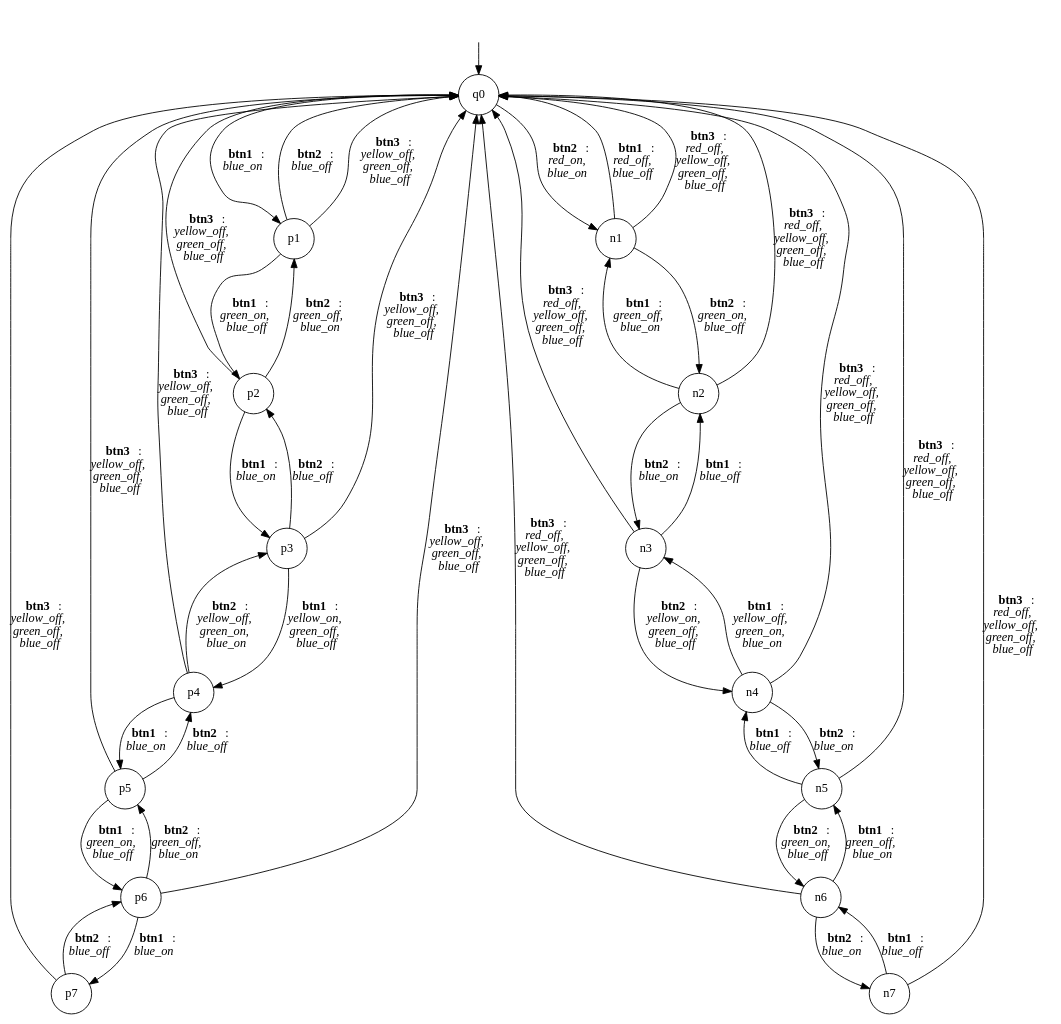
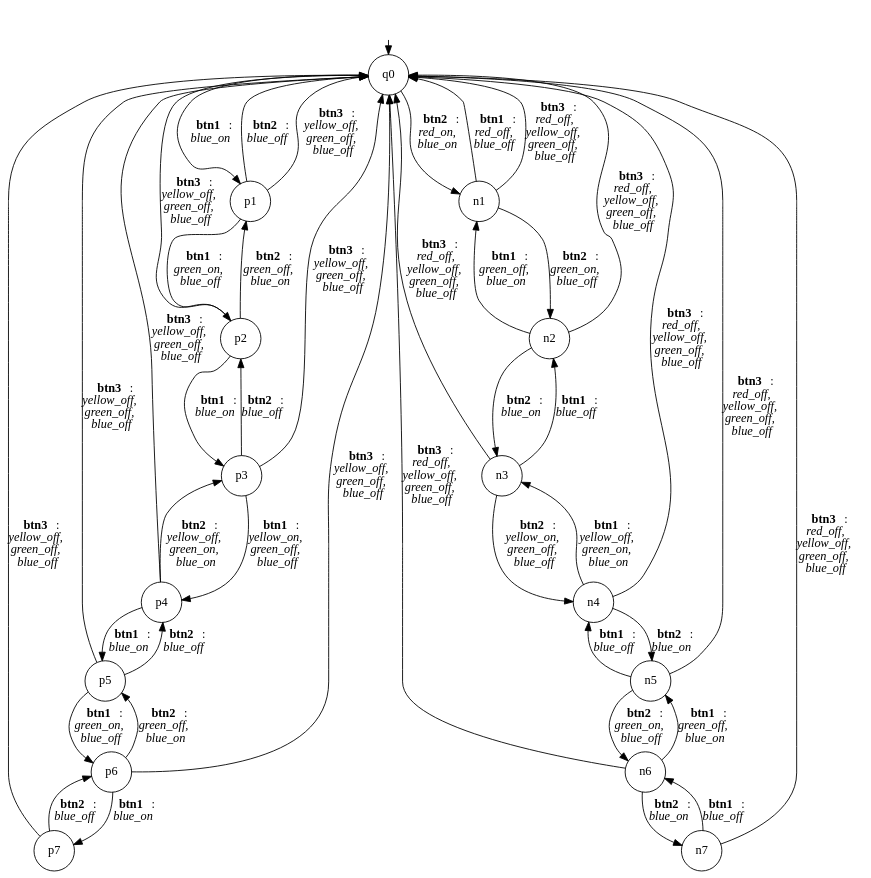
The diagram in finite_automata/transducers/dot_source_files/counter_4bit.dot (SipakovV/fsm-code-generator), drawn with Graphviz before and after one commit.

Commit message:
Added graph attrs to make it more compact

```diff
--- a/finite_automata/transducers/dot_source_files/counter_4bit.dot
+++ b/finite_automata/transducers/dot_source_files/counter_4bit.dot
@@ -1,73 +1,76 @@
 digraph G {
     // 4-bit counter (from -7 to 7)
     // btn1 - add 1
     // btn2 - substract 1
     // btn3 - reset to 0
     // red indicator - negative numbers
+
+    nodesep=0.05 pad=0.02 ranksep=0
+
     START [style=invis]
     q0 [shape=circle]
 
     p1 [shape=circle]
     p2 [shape=circle]
     p3 [shape=circle]
     p4 [shape=circle]
     p5 [shape=circle]
     p6 [shape=circle]
     p7 [shape=circle]
 
     n1 [shape=circle]
     n2 [shape=circle]
     n3 [shape=circle]
     n4 [shape=circle]
     n5 [shape=circle]
     n6 [shape=circle]
     n7 [shape=circle]
 
     START -> q0
 
     q0 -> p1 [label=<<b>btn1</b>:<br/><i>blue_on</i>>]
     p1 -> q0 [label=<<b>btn2</b>:<br/><i>blue_off</i>>]
     p1 -> p2 [label=<<b>btn1</b>:<br/><i>green_on,<br/>blue_off</i>>]
     p2 -> p1 [label=<<b>btn2</b>:<br/><i>green_off,<br/>blue_on</i>>]
     p2 -> p3 [label=<<b>btn1</b>:<br/><i>blue_on</i>>]
     p3 -> p2 [label=<<b>btn2</b>:<br/><i>blue_off</i>>]
     p3 -> p4 [label=<<b>btn1</b>:<br/><i>yellow_on,<br/>green_off,<br/>blue_off</i>>]
     p4 -> p3 [label=<<b>btn2</b>:<br/><i>yellow_off,<br/>green_on,<br/>blue_on</i>>]
     p4 -> p5 [label=<<b>btn1</b>:<br/><i>blue_on</i>>]
     p5 -> p4 [label=<<b>btn2</b>:<br/><i>blue_off</i>>]
     p5 -> p6 [label=<<b>btn1</b>:<br/><i>green_on,<br/>blue_off</i>>]
     p6 -> p5 [label=<<b>btn2</b>:<br/><i>green_off,<br/>blue_on</i>>]
     p6 -> p7 [label=<<b>btn1</b>:<br/><i>blue_on</i>>]
     p7 -> p6 [label=<<b>btn2</b>:<br/><i>blue_off</i>>]
 
     q0 -> n1 [label=<<b>btn2</b>:<br/><i>red_on,<br/>blue_on</i>>]
     n1 -> q0 [label=<<b>btn1</b>:<br/><i>red_off,<br/>blue_off</i>>]
     n1 -> n2 [label=<<b>btn2</b>:<br/><i>green_on,<br/>blue_off</i>>]
     n2 -> n1 [label=<<b>btn1</b>:<br/><i>green_off,<br/>blue_on</i>>]
     n2 -> n3 [label=<<b>btn2</b>:<br/><i>blue_on</i>>]
     n3 -> n2 [label=<<b>btn1</b>:<br/><i>blue_off</i>>]
     n3 -> n4 [label=<<b>btn2</b>:<br/><i>yellow_on,<br/>green_off,<br/>blue_off</i>>]
     n4 -> n3 [label=<<b>btn1</b>:<br/><i>yellow_off,<br/>green_on,<br/>blue_on</i>>]
     n4 -> n5 [label=<<b>btn2</b>:<br/><i>blue_on</i>>]
     n5 -> n4 [label=<<b>btn1</b>:<br/><i>blue_off</i>>]
     n5 -> n6 [label=<<b>btn2</b>:<br/><i>green_on,<br/>blue_off</i>>]
     n6 -> n5 [label=<<b>btn1</b>:<br/><i>green_off,<br/>blue_on</i>>]
     n6 -> n7 [label=<<b>btn2</b>:<br/><i>blue_on</i>>]
     n7 -> n6 [label=<<b>btn1</b>:<br/><i>blue_off</i>>]
 
     p1 -> q0 [label=<<b>btn3</b>:<br/><i>yellow_off,<br/>green_off,<br/>blue_off</i>>]
     p2 -> q0 [label=<<b>btn3</b>:<br/><i>yellow_off,<br/>green_off,<br/>blue_off</i>>]
     p3 -> q0 [label=<<b>btn3</b>:<br/><i>yellow_off,<br/>green_off,<br/>blue_off</i>>]
     p4 -> q0 [label=<<b>btn3</b>:<br/><i>yellow_off,<br/>green_off,<br/>blue_off</i>>]
     p5 -> q0 [label=<<b>btn3</b>:<br/><i>yellow_off,<br/>green_off,<br/>blue_off</i>>]
     p6 -> q0 [label=<<b>btn3</b>:<br/><i>yellow_off,<br/>green_off,<br/>blue_off</i>>]
     p7 -> q0 [label=<<b>btn3</b>:<br/><i>yellow_off,<br/>green_off,<br/>blue_off</i>>]
 
     n1 -> q0 [label=<<b>btn3</b>:<br/><i>red_off,<br/>yellow_off,<br/>green_off,<br/>blue_off</i>>]
     n2 -> q0 [label=<<b>btn3</b>:<br/><i>red_off,<br/>yellow_off,<br/>green_off,<br/>blue_off</i>>]
     n3 -> q0 [label=<<b>btn3</b>:<br/><i>red_off,<br/>yellow_off,<br/>green_off,<br/>blue_off</i>>]
     n4 -> q0 [label=<<b>btn3</b>:<br/><i>red_off,<br/>yellow_off,<br/>green_off,<br/>blue_off</i>>]
     n5 -> q0 [label=<<b>btn3</b>:<br/><i>red_off,<br/>yellow_off,<br/>green_off,<br/>blue_off</i>>]
     n6 -> q0 [label=<<b>btn3</b>:<br/><i>red_off,<br/>yellow_off,<br/>green_off,<br/>blue_off</i>>]
     n7 -> q0 [label=<<b>btn3</b>:<br/><i>red_off,<br/>yellow_off,<br/>green_off,<br/>blue_off</i>>]
 }
```
